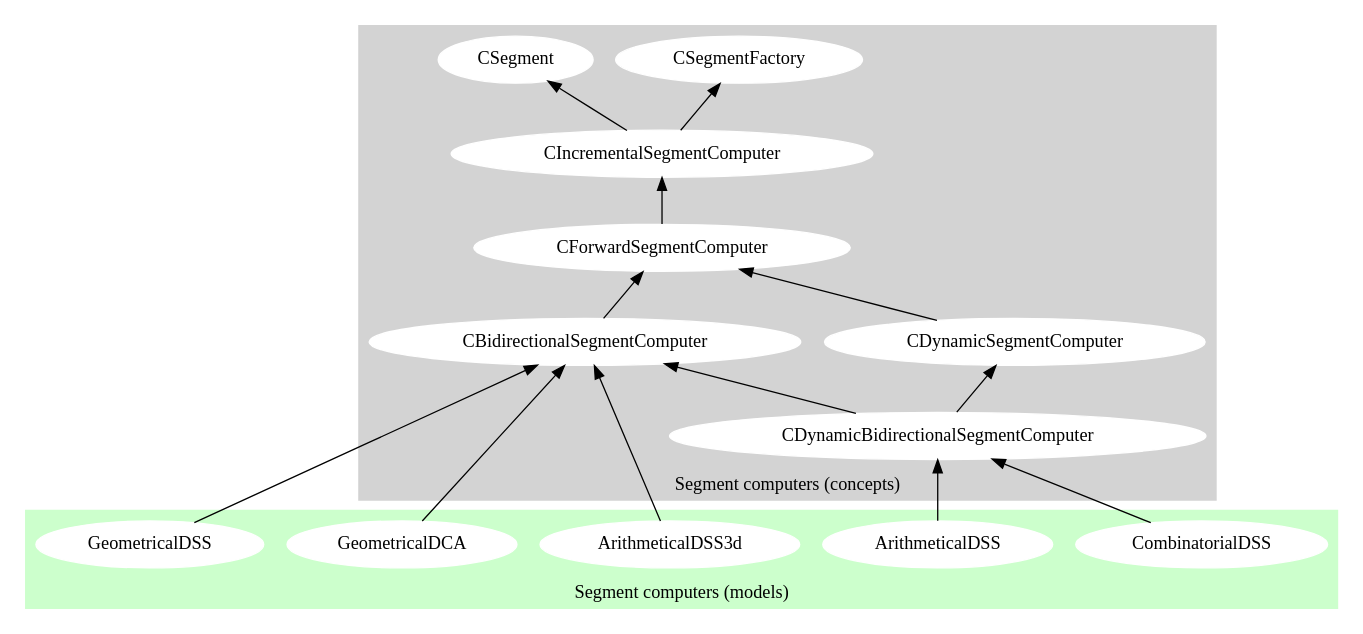
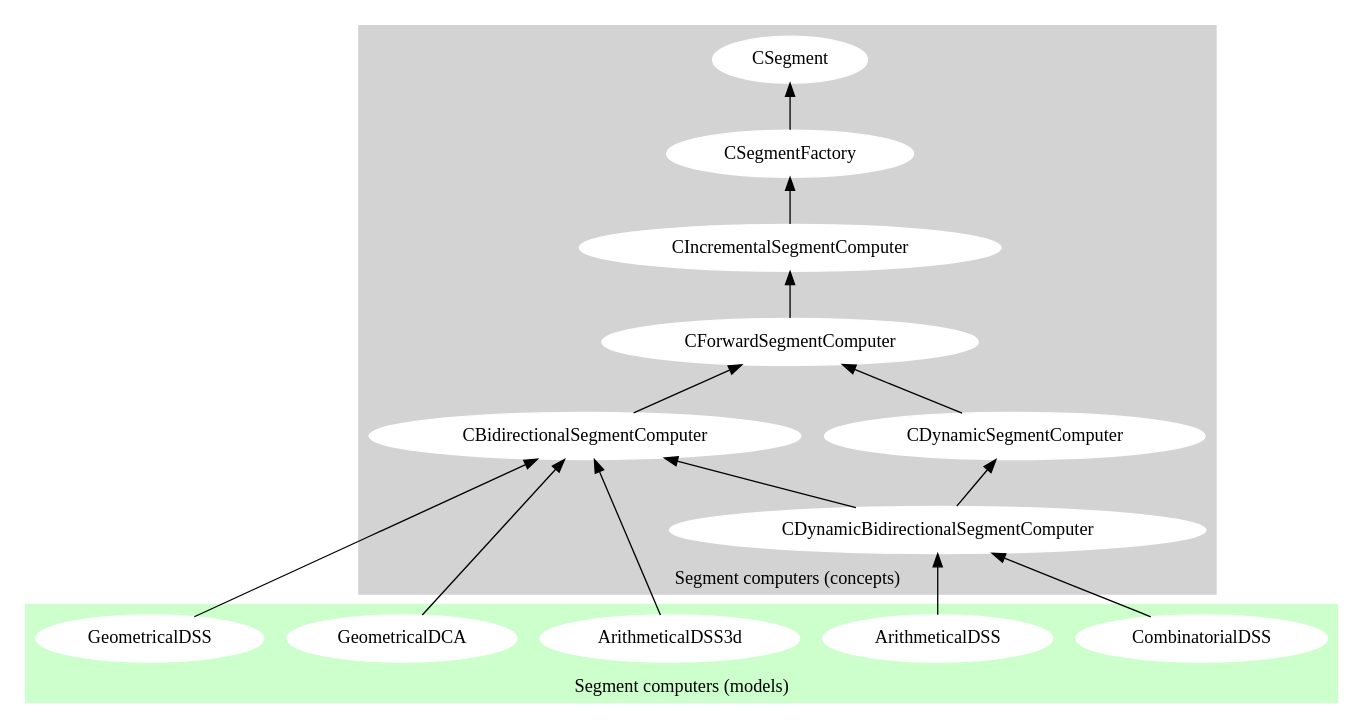
One commit to DGtal-team/Presentations changed the diagram in SlidesCurvesDGtalMeeting2012/src/SegmentComputers.dot. Above: the diagram before and after it, drawn with Graphviz.

Commit message:
small change in segment computers hierarchy

```diff
--- a/SlidesCurvesDGtalMeeting2012/src/SegmentComputers.dot
+++ b/SlidesCurvesDGtalMeeting2012/src/SegmentComputers.dot
@@ -1,43 +1,42 @@
 digraph GSEGMENTCOMPUTERS {
 
     rankdir= BT
 
 
     subgraph clusterConcepts {
         style=filled;
         color=lightgrey;
         node [style=filled,color=white];
         label="Segment computers (concepts)";
 
   CSegment
 
-  CSegmentFactory
+  CSegmentFactory -> CSegment
 
-  CIncrementalSegmentComputer -> CSegment
   CIncrementalSegmentComputer -> CSegmentFactory
 
   CForwardSegmentComputer -> CIncrementalSegmentComputer
 
   CBidirectionalSegmentComputer -> CForwardSegmentComputer
 
   CDynamicSegmentComputer -> CForwardSegmentComputer
 
   CDynamicBidirectionalSegmentComputer -> CDynamicSegmentComputer
   CDynamicBidirectionalSegmentComputer -> CBidirectionalSegmentComputer
     }
 
     subgraph clusterModels {
         style=filled;
         color="#ccffcc";
         node [style=filled,color=white];
         label="Segment computers (models)";
 
         GeometricalDSS -> CBidirectionalSegmentComputer
         GeometricalDCA -> CBidirectionalSegmentComputer
         ArithmeticalDSS3d -> CBidirectionalSegmentComputer
 
         ArithmeticalDSS -> CDynamicBidirectionalSegmentComputer
         CombinatorialDSS -> CDynamicBidirectionalSegmentComputer
 
     }
 }
```
